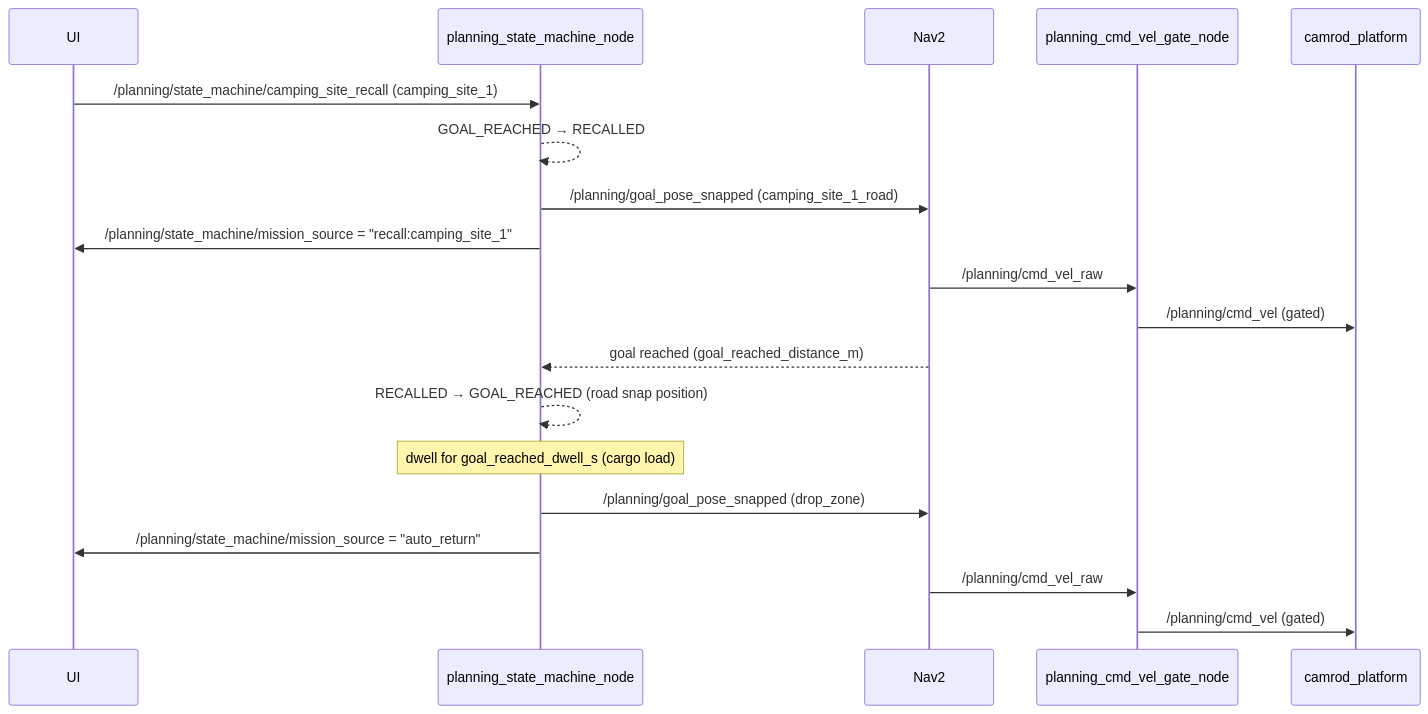
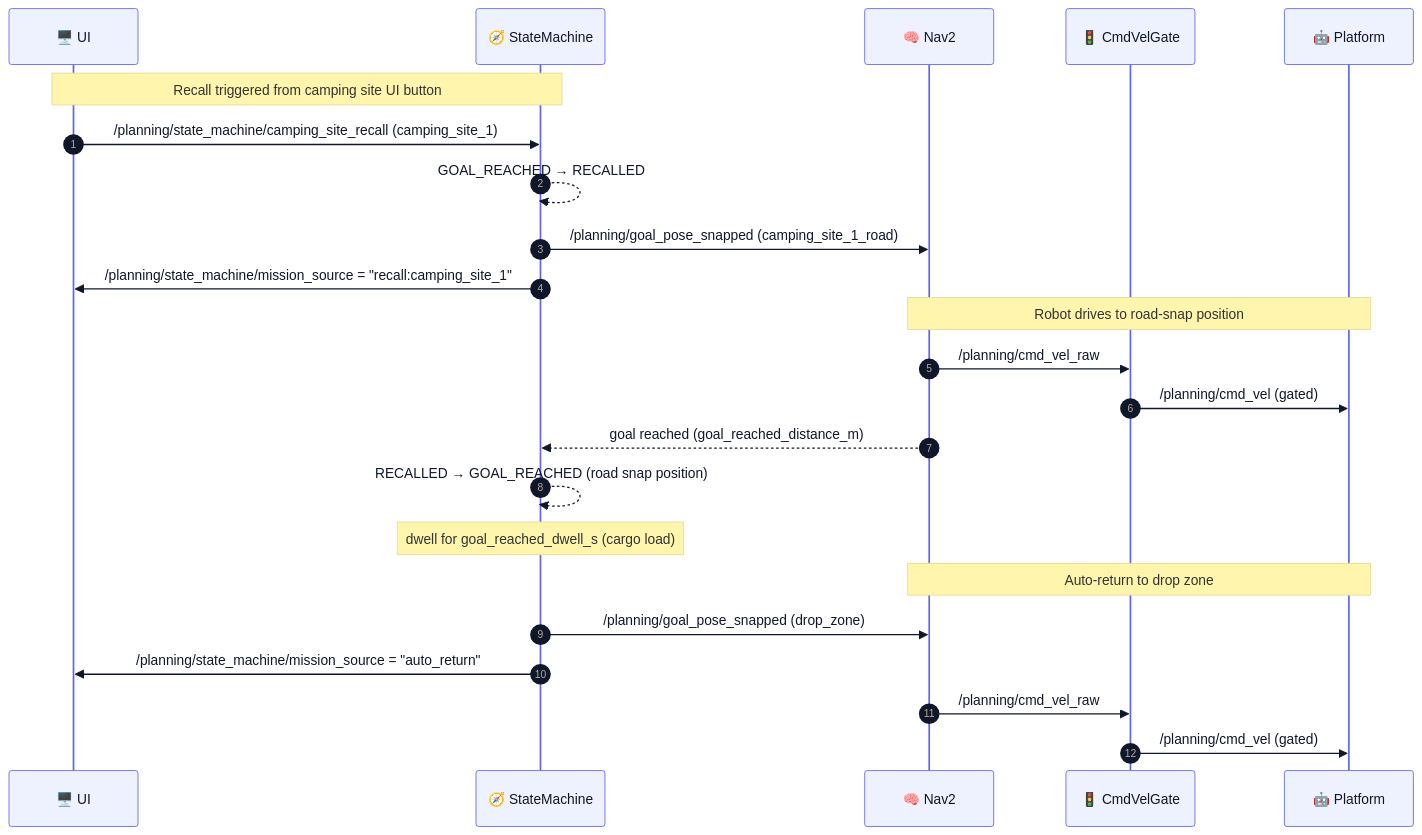
Before and after one commit to hwanhonglee/CAMROD: the fourth of 4 diagrams in camrod_planning/README.md, drawn with Mermaid. The commit also changed other lines of this file and 12 other files, not shown here.

````diff
--- a/camrod_planning/README.md
+++ b/camrod_planning/README.md
@@ -264,22 +400,30 @@
 ```mermaid
+%%{init: {'theme': 'base', 'themeVariables': {'fontFamily': 'ui-sans-serif, system-ui, sans-serif', 'fontSize': '14px', 'primaryColor': '#EEF2FF', 'primaryTextColor': '#0F172A', 'primaryBorderColor': '#6366F1', 'lineColor': '#475569'}}}%%
 sequenceDiagram
-  participant UI
-  participant StateMachine as planning_state_machine_node
-  participant Nav2
-  participant CmdVelGate as planning_cmd_vel_gate_node
-  participant Platform as camrod_platform
+  autonumber
+  participant UI as 🖥️ UI
+  participant SM as 🧭 StateMachine
+  participant Nav2 as 🧠 Nav2
+  participant Gate as 🚦 CmdVelGate
+  participant Plat as 🤖 Platform
 
-  UI->>StateMachine: /planning/state_machine/camping_site_recall (camping_site_1)
-  StateMachine-->>StateMachine: GOAL_REACHED → RECALLED
-  StateMachine->>Nav2: /planning/goal_pose_snapped (camping_site_1_road)
-  StateMachine->>UI: /planning/state_machine/mission_source = "recall:camping_site_1"
-  Nav2->>CmdVelGate: /planning/cmd_vel_raw
-  CmdVelGate->>Platform: /planning/cmd_vel (gated)
-  Nav2-->>StateMachine: goal reached (goal_reached_distance_m)
-  StateMachine-->>StateMachine: RECALLED → GOAL_REACHED (road snap position)
-  Note over StateMachine: dwell for goal_reached_dwell_s (cargo load)
-  StateMachine->>Nav2: /planning/goal_pose_snapped (drop_zone)
-  StateMachine->>UI: /planning/state_machine/mission_source = "auto_return"
-  Nav2->>CmdVelGate: /planning/cmd_vel_raw
-  CmdVelGate->>Platform: /planning/cmd_vel (gated)
+  Note over UI,SM: Recall triggered from camping site UI button
+  UI->>SM: /planning/state_machine/camping_site_recall (camping_site_1)
+  SM-->>SM: GOAL_REACHED → RECALLED
+  SM->>Nav2: /planning/goal_pose_snapped (camping_site_1_road)
+  SM->>UI: /planning/state_machine/mission_source = "recall:camping_site_1"
+
+  Note over Nav2,Plat: Robot drives to road-snap position
+  Nav2->>Gate: /planning/cmd_vel_raw
+  Gate->>Plat: /planning/cmd_vel (gated)
+
+  Nav2-->>SM: goal reached (goal_reached_distance_m)
+  SM-->>SM: RECALLED → GOAL_REACHED (road snap position)
+  Note over SM: dwell for goal_reached_dwell_s (cargo load)
+
+  Note over Nav2,Plat: Auto-return to drop zone
+  SM->>Nav2: /planning/goal_pose_snapped (drop_zone)
+  SM->>UI: /planning/state_machine/mission_source = "auto_return"
+  Nav2->>Gate: /planning/cmd_vel_raw
+  Gate->>Plat: /planning/cmd_vel (gated)
 ```
````
